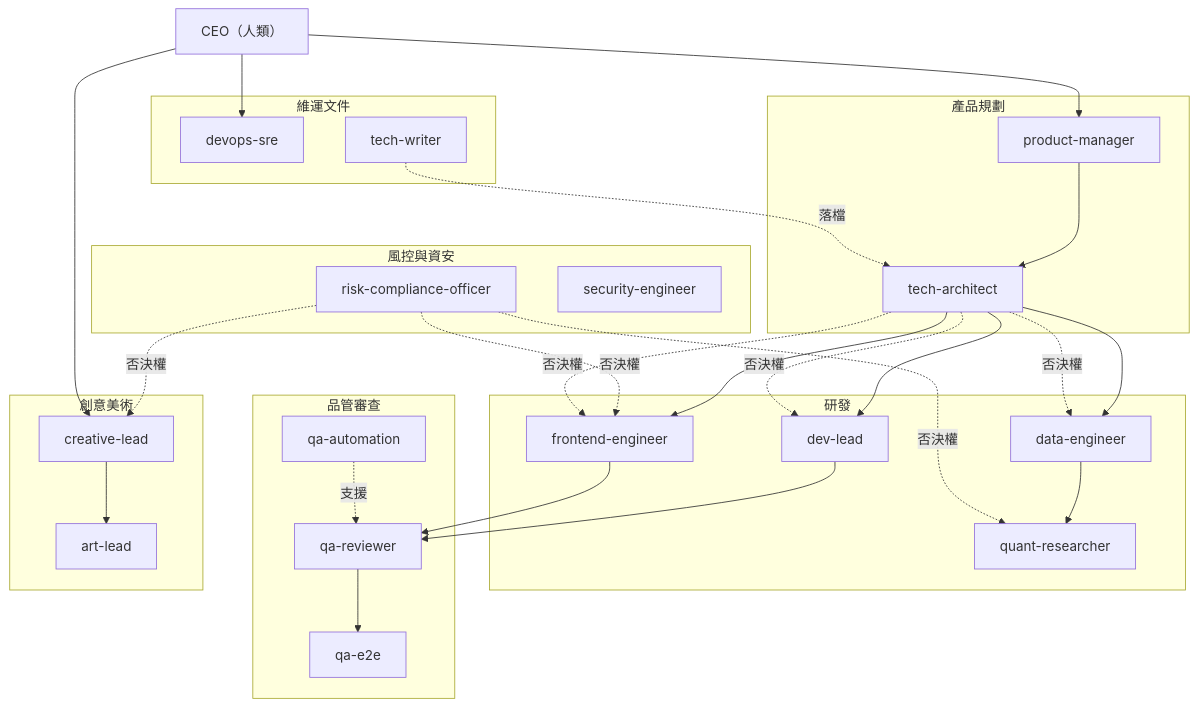
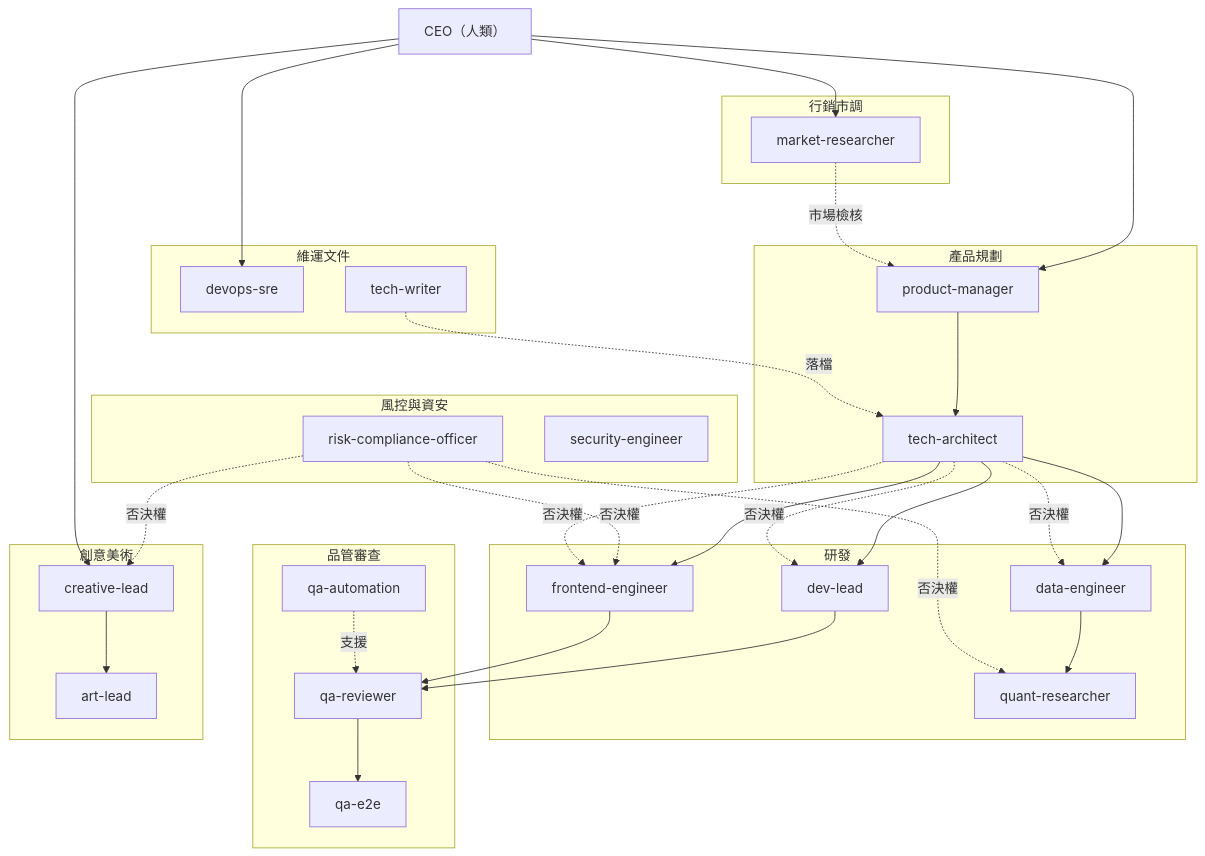
One commit to LeeKevinRio/AICompany changed the diagram in docs/org-chart.md. Above: the diagram before and after it, drawn with Mermaid. The commit also changed other lines of this file and 5 other files, not shown here.

Commit message:
feat: 新設行銷市調部門(market-researcher),制度化機會盤點與QA回歸巡檢

````diff
--- a/docs/org-chart.md
+++ b/docs/org-chart.md
@@ -9,50 +9,56 @@
 ```mermaid
 flowchart TD
     CEO["CEO（人類）"]
 
     subgraph 產品規劃
         PM[product-manager]
         TA[tech-architect]
     end
 
     subgraph 研發
         DEV[dev-lead]
         FE[frontend-engineer]
         DE[data-engineer]
         QR2[quant-researcher]
     end
 
     subgraph 品管審查
         QAR[qa-reviewer]
         QAA[qa-automation]
         QAE[qa-e2e]
     end
 
     subgraph 風控與資安
         RISK[risk-compliance-officer]
         SEC[security-engineer]
     end
 
     subgraph 創意美術
         CL[creative-lead]
         AL[art-lead]
     end
 
     subgraph 維運文件
         OPS[devops-sre]
         TW[tech-writer]
     end
 
+    subgraph 行銷市調
+        MR[market-researcher]
+    end
+
     CEO --> PM
     PM --> TA
     TA --> DEV & FE & DE
     DE --> QR2
     DEV & FE --> QAR
     QAR --> QAE
     QAA -.支援.-> QAR
     RISK -.否決權.-> CL & FE & QR2
     TA -.否決權.-> DEV & FE & DE
     CEO --> CL --> AL
     CEO --> OPS
+    CEO --> MR
+    MR -.市場檢核.-> PM
     TW -.落檔.-> TA
 ```
````
